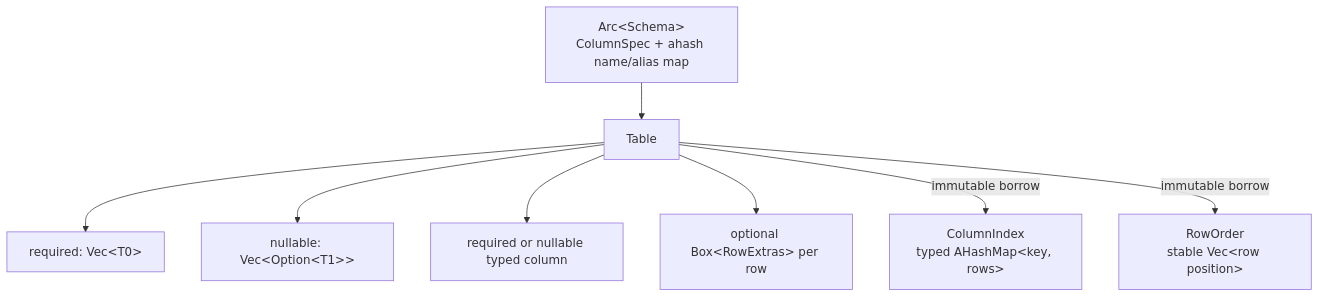
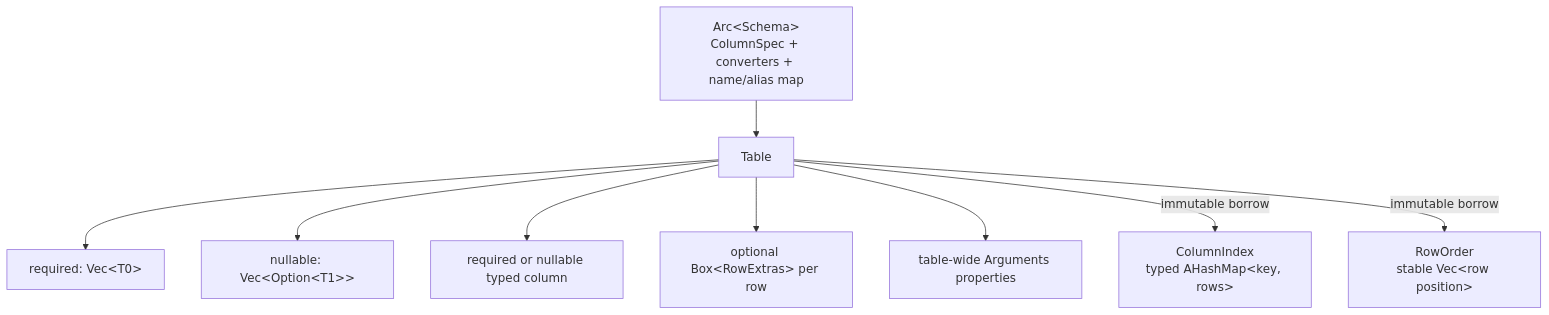
The first of 6 diagrams in docs/high-level/table.md (kjn-void/gd-rs), drawn with Mermaid before and after one commit. The commit also changed other lines of this file and 12 other files, not shown here.

First line of the commit message:
Add schema converters and table properties

````diff
--- a/docs/high-level/table.md
+++ b/docs/high-level/table.md
@@ -8,10 +8,11 @@
 ```mermaid
 flowchart TD
-    Schema["Arc&lt;Schema&gt;\nColumnSpec + ahash name/alias map"] --> Table
+    Schema["Arc&lt;Schema&gt;\nColumnSpec + converters + name/alias map"] --> Table
     Table --> C0["required: Vec&lt;T0&gt;"]
     Table --> C1["nullable: Vec&lt;Option&lt;T1&gt;&gt;"]
     Table --> CN["required or nullable typed column"]
     Table --> Extras["optional Box&lt;RowExtras&gt; per row"]
+    Table --> Properties["table-wide Arguments properties"]
     Table -->|"immutable borrow"| Index["ColumnIndex\ntyped AHashMap&lt;key, rows&gt;"]
     Table -->|"immutable borrow"| Order["RowOrder\nstable Vec&lt;row position&gt;"]
 ```
````
